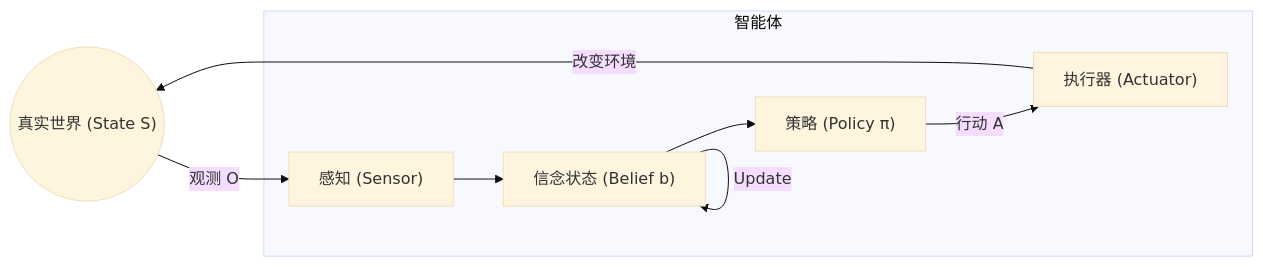
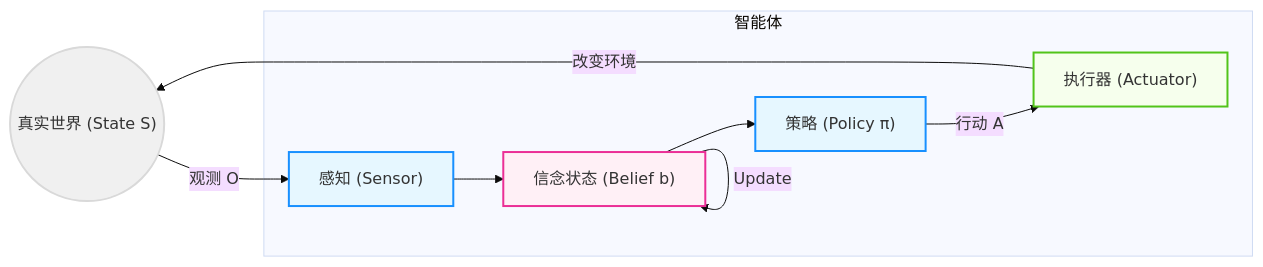
One commit to yeasy/agentic_ai_guide changed the diagram in 01_paradigm/1.2_theory.md. Above: the diagram before and after it, drawn with Mermaid (base theme). The commit also changed 36 other files, not shown here.

````diff
--- a/01_paradigm/1.2_theory.md
+++ b/01_paradigm/1.2_theory.md
@@ -49,16 +49,27 @@
 ```mermaid
 graph LR
+    %% Agentic Design System
+    classDef system fill:#f0f0f0,stroke:#d9d9d9,stroke-width:2px;
+    classDef agent fill:#e6f7ff,stroke:#1890ff,stroke-width:2px;
+    classDef memory fill:#fff0f6,stroke:#eb2f96,stroke-width:2px;
+    classDef tool fill:#f6ffed,stroke:#52c41a,stroke-width:2px;
+
     World(("真实世界 (State S)")) -- "观测 O" --> Sensor["感知 (Sensor)"]
     Sensor --> Belief["信念状态 (Belief b)"]
     Belief -- "Update" --> Belief
     Belief --> Policy["策略 (Policy π)"]
     Policy -- "行动 A" --> Actuator["执行器 (Actuator)"]
     Actuator -- "改变环境" --> World
 
     subgraph Agent ["智能体"]
         Sensor
         Belief
         Policy
         Actuator
     end
+    
+    class World system;
+    class Sensor,Policy agent;
+    class Belief memory;
+    class Actuator tool;
 ```
````
